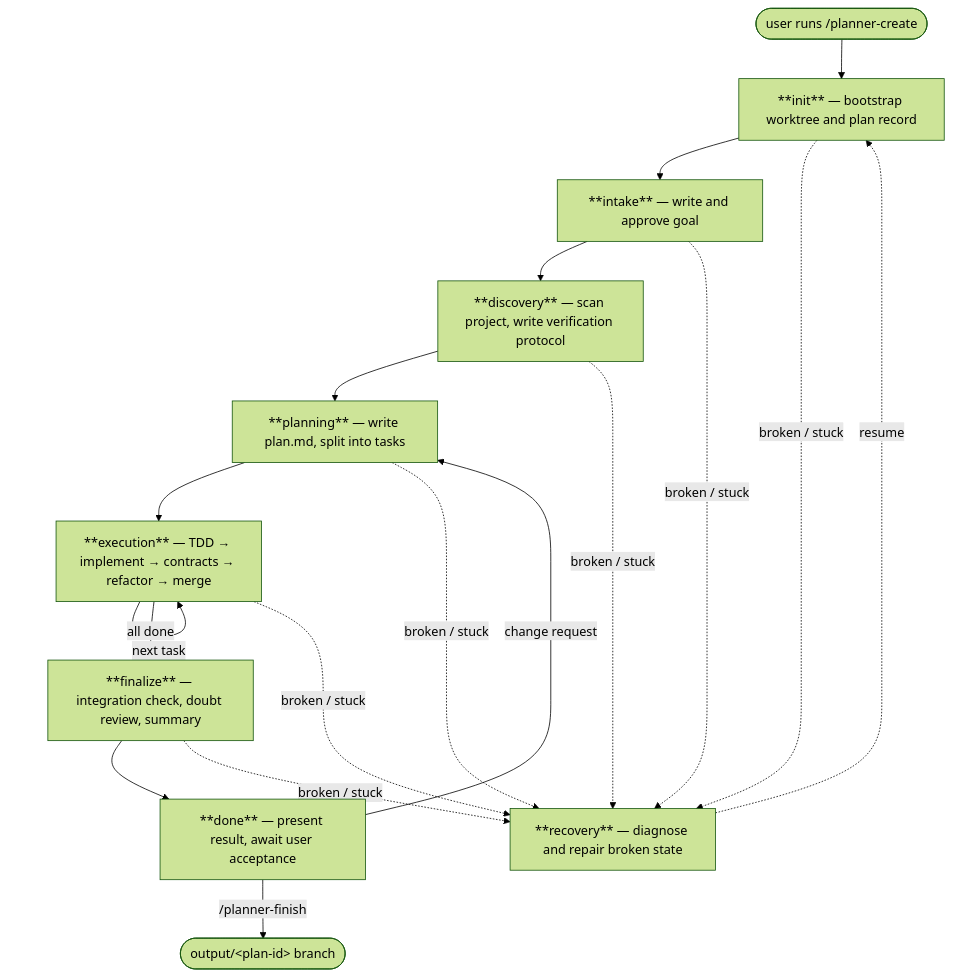
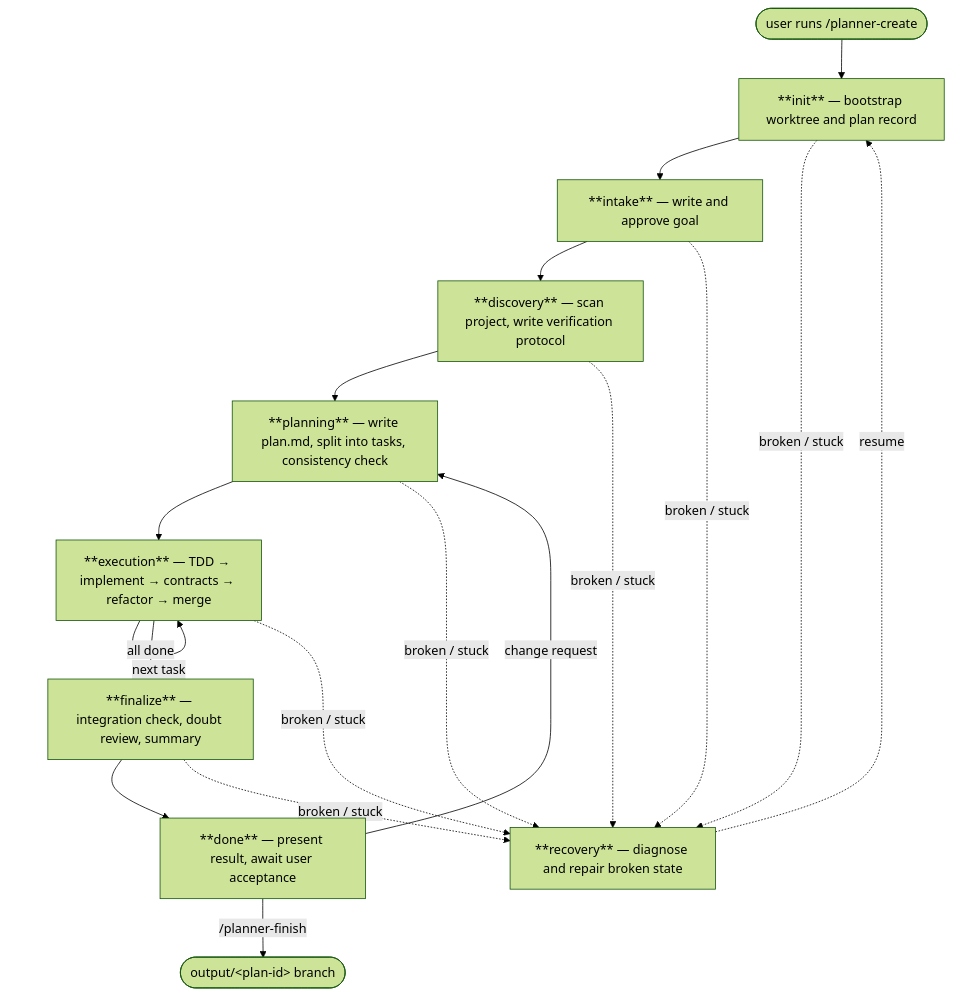
One commit to m62624/pi-code-planner changed the diagram in README.md. Above: the diagram before and after it, drawn with Mermaid (forest theme). The commit also changed other lines of this file and 33 other files, not shown here.

````diff
--- a/README.md
+++ b/README.md
@@ -39,27 +39,27 @@
 ```mermaid
 flowchart TD
     S([user runs /planner-create]) --> INIT
 
     INIT["**init** — bootstrap worktree and plan record"]
     INTAKE["**intake** — write and approve goal"]
     DISCOVERY["**discovery** — scan project, write verification protocol"]
-    PLANNING["**planning** — write plan.md, split into tasks"]
+    PLANNING["**planning** — write plan.md, split into tasks, consistency check"]
     EXECUTION["**execution** — TDD → implement → contracts → refactor → merge"]
     FINALIZE["**finalize** — integration check, doubt review, summary"]
     DONE["**done** — present result, await user acceptance"]
     RECOVERY["**recovery** — diagnose and repair broken state"]
     OUT([output/&lt;plan-id&gt; branch])
 
     INIT --> INTAKE
     INTAKE --> DISCOVERY
     DISCOVERY --> PLANNING
     PLANNING --> EXECUTION
     EXECUTION -->|"next task"| EXECUTION
     EXECUTION -->|"all done"| FINALIZE
     FINALIZE --> DONE
     DONE -->|"/planner-finish"| OUT
     DONE -->|"change request"| PLANNING
 
     INIT & INTAKE & DISCOVERY & PLANNING & EXECUTION & FINALIZE -.->|"broken / stuck"| RECOVERY
     RECOVERY -.->|"resume"| INIT
 ```
````
